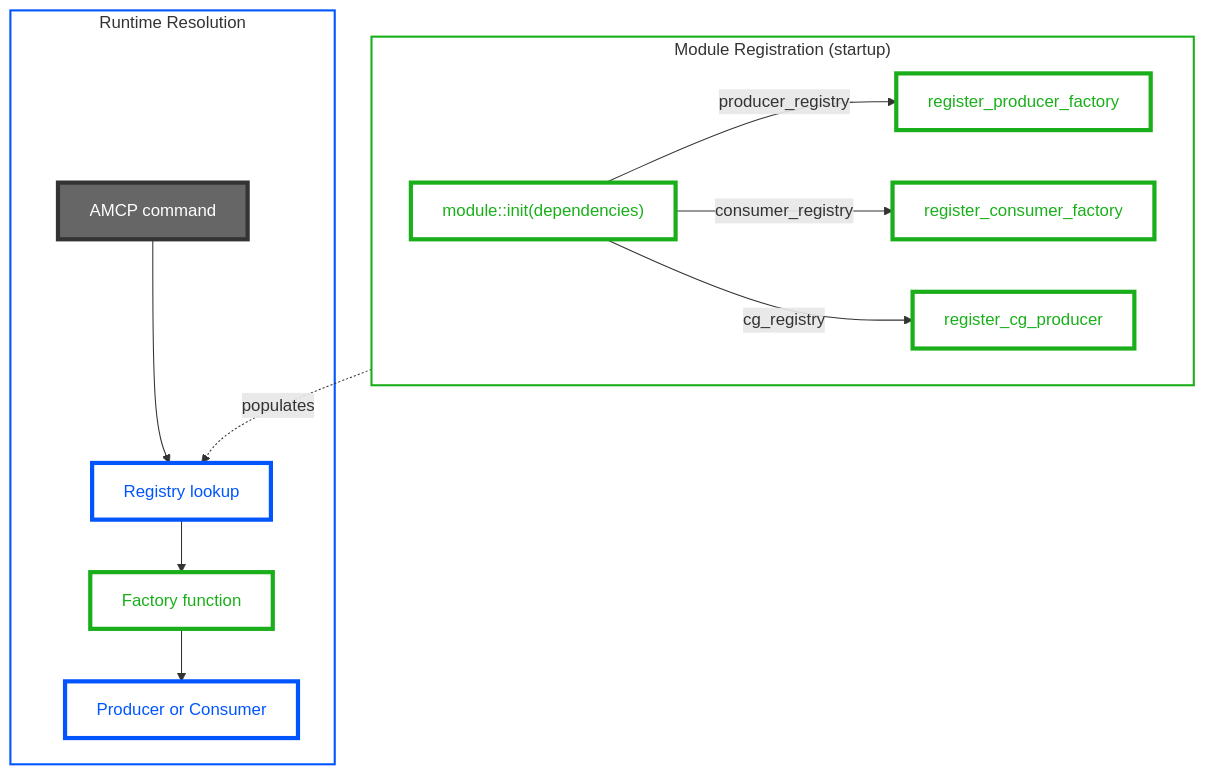
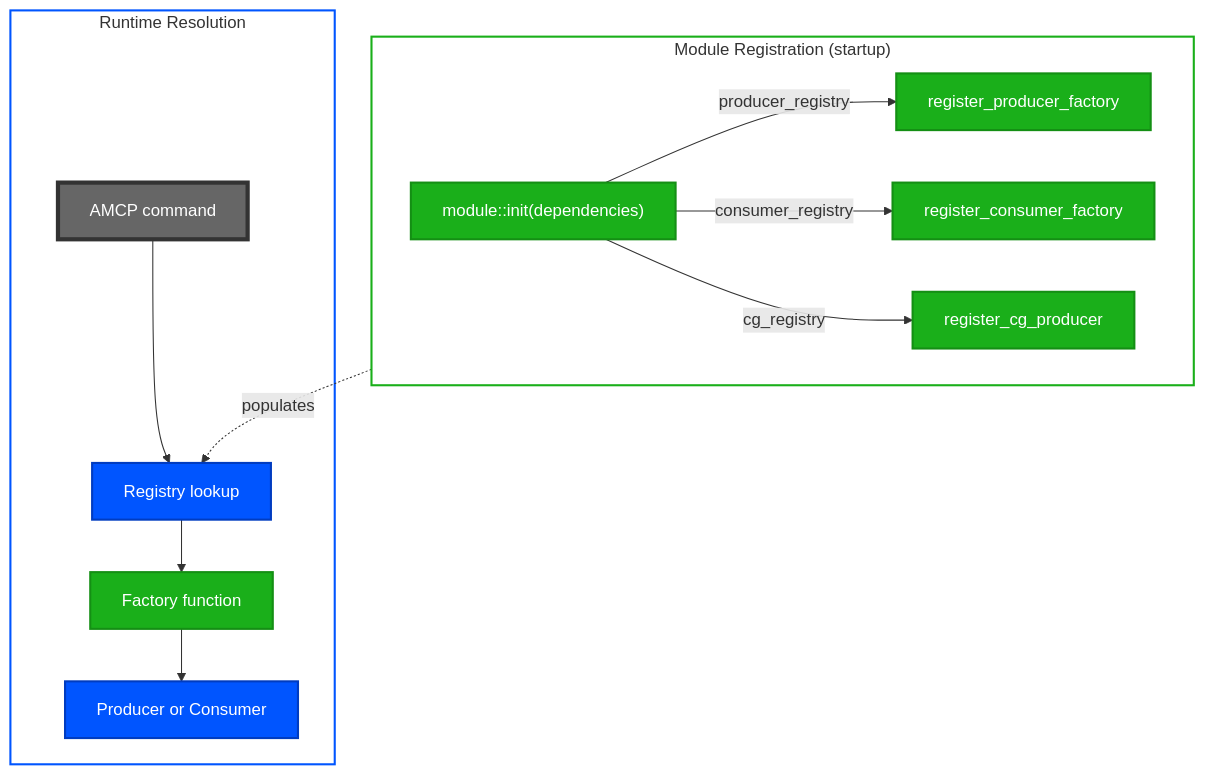
Before and after one commit to den-frie-vilje/casparCG: the fifth of 10 diagrams in docs/architecture.md, drawn with Mermaid. The commit also changed other lines of this file, not shown here.

Commit message:
docs: use solid fills in all diagrams

````diff
--- a/docs/architecture.md
+++ b/docs/architecture.md
@@ -306,26 +306,26 @@
 ```mermaid
 flowchart TB
-    classDef coreNode fill:#FFF,color:#0055FF,stroke:#0055FF,stroke-width:4px
-    classDef moduleNode fill:#FFF,color:#1AAF1A,stroke:#1AAF1A,stroke-width:4px
+    classDef coreNode fill:#0055FF,color:#FFF,stroke:#003CC0,stroke-width:2px
+    classDef moduleNode fill:#1AAF1A,color:#FFF,stroke:#148F14,stroke-width:2px
     classDef ctrlNode fill:#666,color:#FFF,stroke:#333,stroke-width:4px
     classDef sgStartup stroke:#1AAF1A,fill:#FFF,stroke-width:2px
     classDef sgRuntime stroke:#0055FF,fill:#FFF,stroke-width:2px
 
     subgraph Registration["Module Registration (startup)"]
         MOD_INIT["module::init(dependencies)"]:::moduleNode
         MOD_INIT -->|producer_registry| PR[register_producer_factory]:::moduleNode
         MOD_INIT -->|consumer_registry| CR[register_consumer_factory]:::moduleNode
         MOD_INIT -->|cg_registry| CG[register_cg_producer]:::moduleNode
     end
 
     subgraph Runtime["Runtime Resolution"]
         AMCP_CMD[AMCP command]:::ctrlNode --> RESOLVE[Registry lookup]:::coreNode
         RESOLVE --> FACTORY[Factory function]:::moduleNode
         FACTORY --> INSTANCE[Producer or Consumer]:::coreNode
     end
 
     Registration -.->|populates| RESOLVE
 
     class Registration sgStartup
     class Runtime sgRuntime
 ```
````
